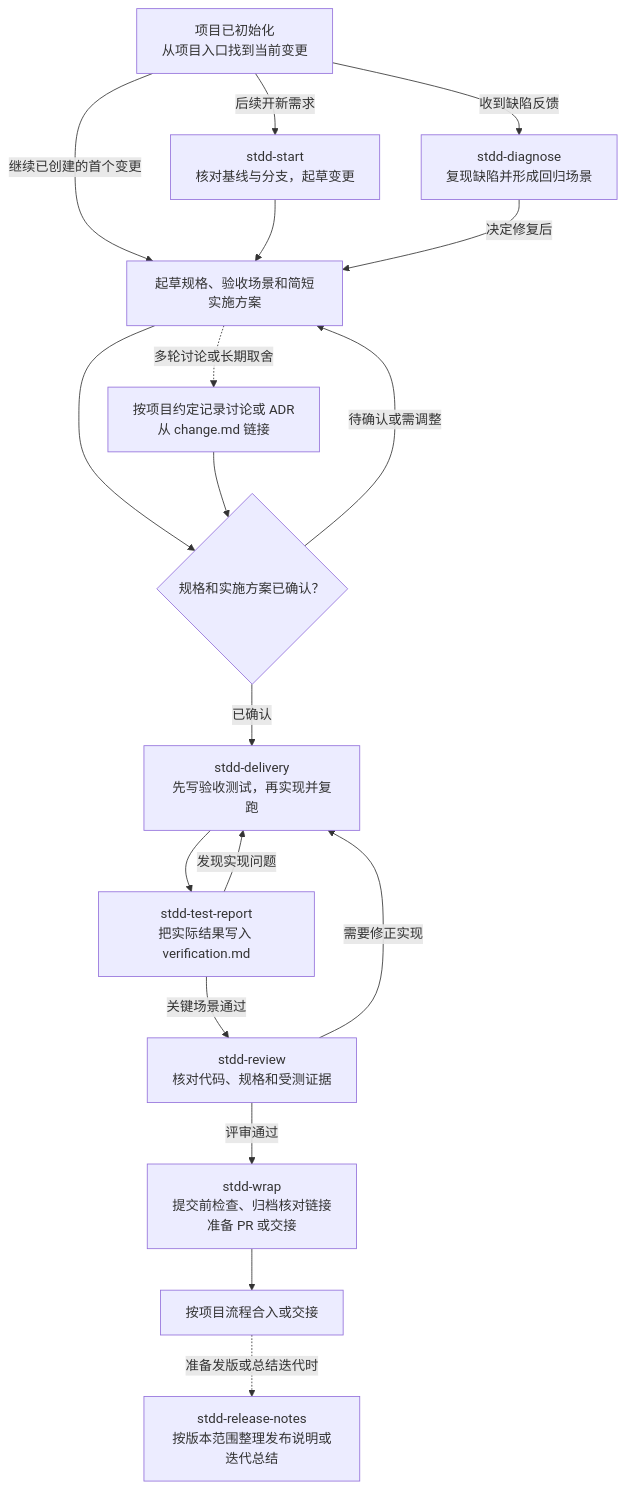
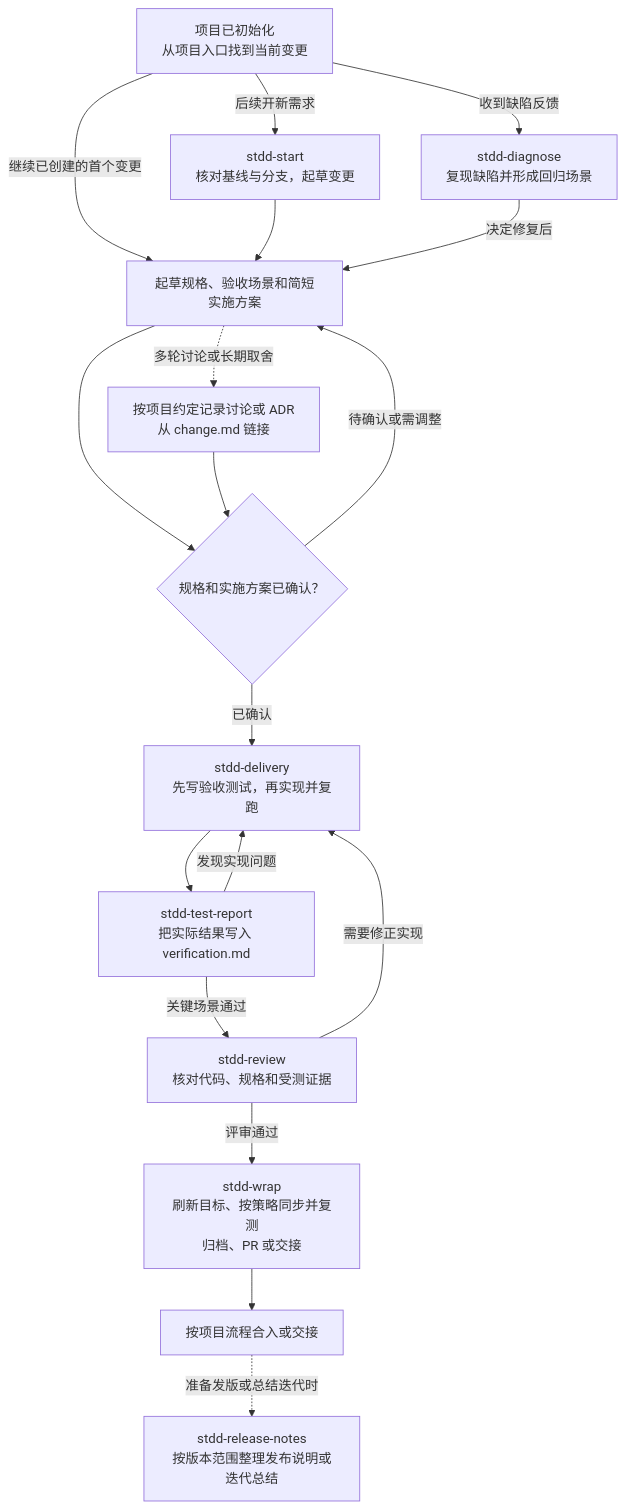
Before and after one commit to zhgqwx-del/stdd-sdd: the diagram in STDD-SDD/.agents/skills/init-stdd/assets/team/docs/stdd/workflows.md, drawn with Mermaid. The commit also changed other lines of this file and 35 other files, not shown here.

````diff
--- a/STDD-SDD/.agents/skills/init-stdd/assets/team/docs/stdd/workflows.md
+++ b/STDD-SDD/.agents/skills/init-stdd/assets/team/docs/stdd/workflows.md
@@ -11,33 +11,33 @@
 ```mermaid
 flowchart TD
     Init["项目已初始化<br/>从项目入口找到当前变更"]
     Start["stdd-start<br/>核对基线与分支，起草变更"]
     Diagnose["stdd-diagnose<br/>复现缺陷并形成回归场景"]
     Spec["起草规格、验收场景和简短实施方案"]
     Records["按项目约定记录讨论或 ADR<br/>从 change.md 链接"]
     Confirm{"规格和实施方案已确认？"}
     Delivery["stdd-delivery<br/>先写验收测试，再实现并复跑"]
     Report["stdd-test-report<br/>把实际结果写入 verification.md"]
     Review["stdd-review<br/>核对代码、规格和受测证据"]
-    Wrap["stdd-wrap<br/>提交前检查、归档核对链接<br/>准备 PR 或交接"]
+    Wrap["stdd-wrap<br/>刷新目标、按策略同步并复测<br/>归档、PR 或交接"]
     Done["按项目流程合入或交接"]
     Release["stdd-release-notes<br/>按版本范围整理发布说明或迭代总结"]
 
     Init -->|继续已创建的首个变更| Spec
     Init -->|后续开新需求| Start
     Init -->|收到缺陷反馈| Diagnose
     Start --> Spec
     Diagnose -->|决定修复后| Spec
     Spec --> Confirm
     Spec -.->|多轮讨论或长期取舍| Records
     Records --> Confirm
     Confirm -->|已确认| Delivery
     Confirm -->|待确认或需调整| Spec
     Delivery --> Report
     Report -->|关键场景通过| Review
     Report -->|发现实现问题| Delivery
     Review -->|需要修正实现| Delivery
     Review -->|评审通过| Wrap
     Wrap --> Done
     Done -.->|准备发版或总结迭代时| Release
 ```
````
